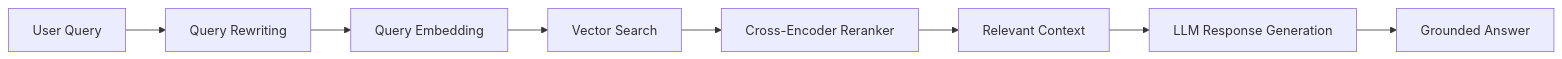
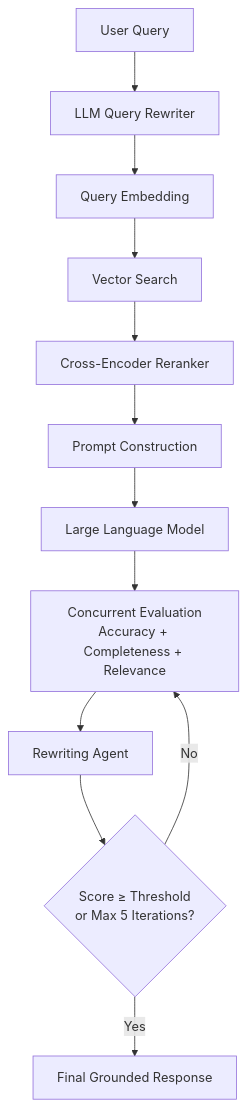
Before and after one commit to lavanya117/Disaster-Management-RAG: the second of 2 diagrams in README.md, drawn with Mermaid. The commit also changed other lines of this file and 42 other files, not shown here.

````diff
--- a/README.md
+++ b/README.md
@@ -71,18 +78,15 @@
 ```mermaid
-flowchart LR
-
-A[User Query]
---> B[Query Rewriting]
-
-B --> C[Query Embedding]
-
-C --> D[Vector Search]
-
-D --> E[Cross-Encoder Reranker]
-
-E --> F[Relevant Context]
-
-F --> G[LLM Response Generation]
-
-G --> H[Grounded Answer]
-```
+flowchart TD
+    A[User Query]
+    --> B[LLM Query Rewriter]
+    --> C[Query Embedding]
+    --> D[Vector Search]
+    --> E[Cross-Encoder Reranker]
+    --> F[Prompt Construction]
+    --> G[Large Language Model]
+    --> H[Concurrent Evaluation<br/>Accuracy + Completeness + Relevance]
+    --> I[Rewriting Agent]
+    --> J{Score ≥ Threshold<br/>or Max 5 Iterations?}
+    J -->|No| H
+    J -->|Yes| K[Final Grounded Response]
+```    
````
